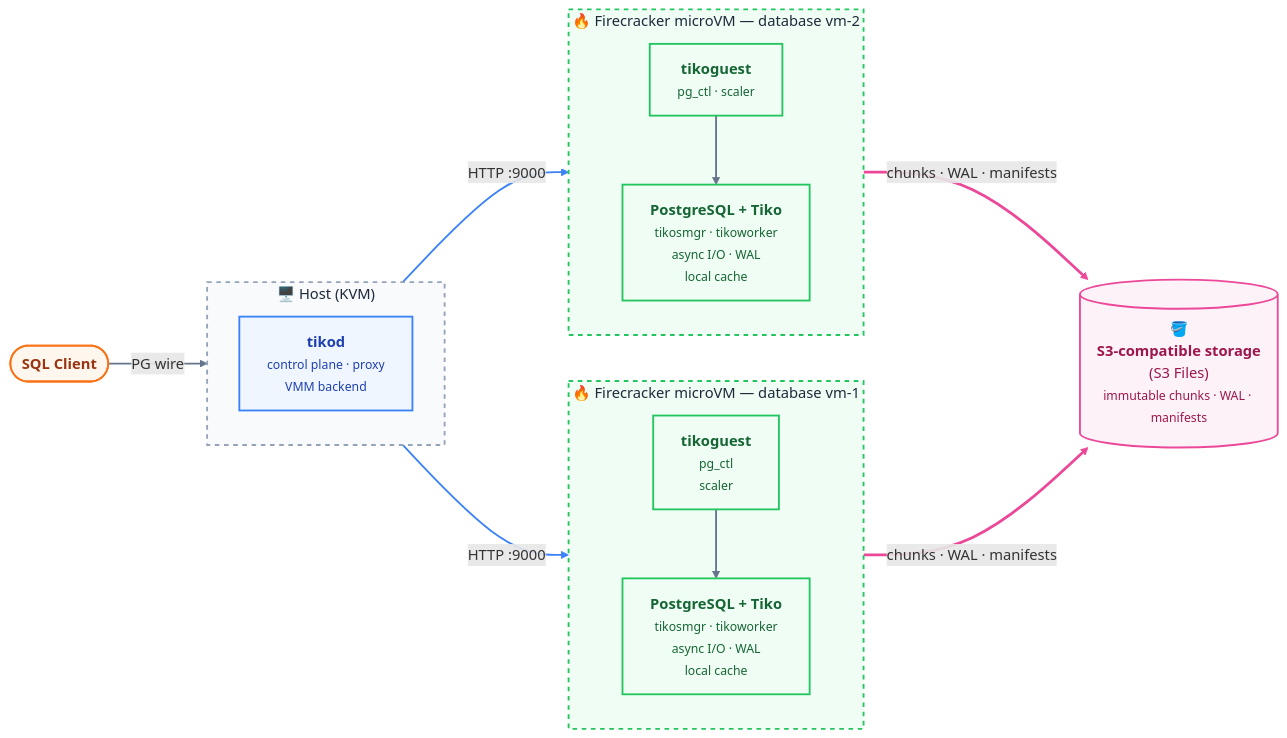
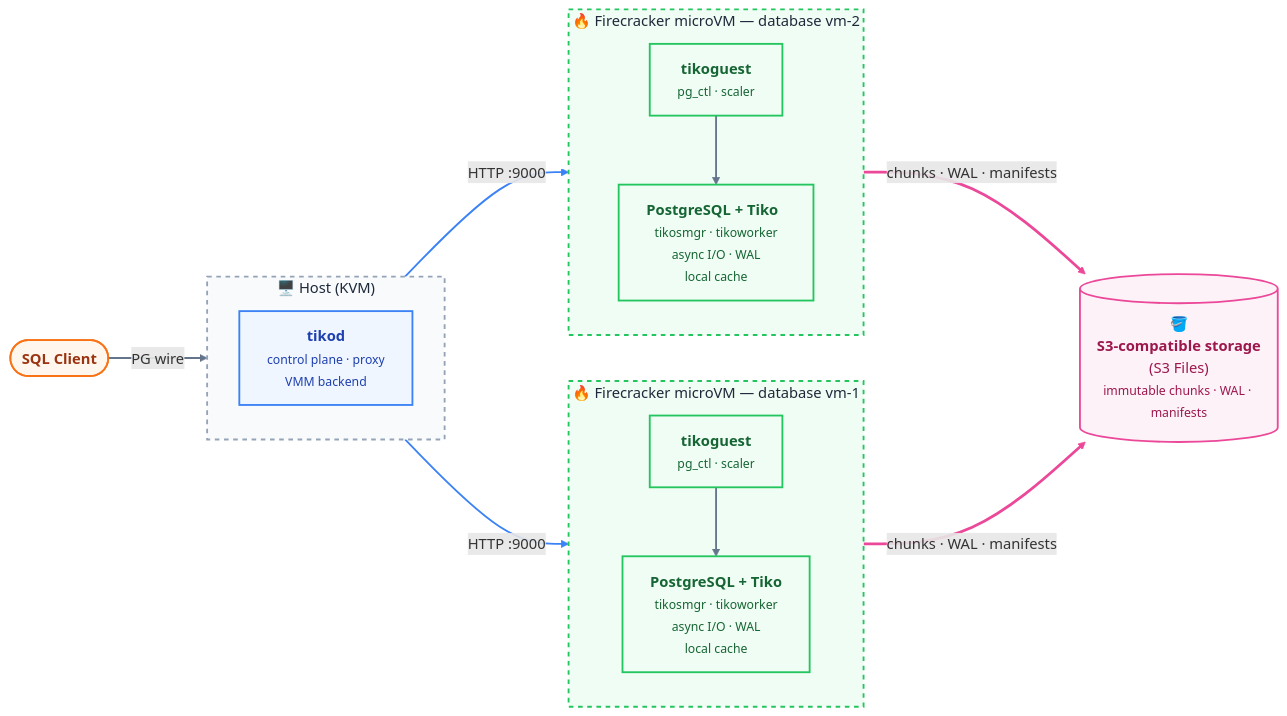
Before and after one commit to burmecia/tiko: the diagram in README.md, drawn with Mermaid.

Commit message:
update diagram

````diff
--- a/README.md
+++ b/README.md
@@ -34,54 +34,54 @@
 ```mermaid
 %%{init: {"themeVariables": {"titleColor": "#1e293b", "clusterBkg": "#f8fafc", "clusterBorder": "#94a3b8"}}}%%
 flowchart LR
   Client(["<b>SQL Client</b>"])
 
   subgraph Host ["🖥️ Host (KVM)"]
     direction TB
     Tikod["<b>tikod</b><br/><small>control plane · proxy<br/>VMM backend</small>"]
   end
 
   subgraph VM1 ["🔥 Firecracker microVM — database vm-1"]
     direction TB
-    Guest1["<b>tikoguest</b><br/><small>pg_ctl<br/>scaler</small>"]
+    Guest1["<b>tikoguest</b><br/><small>pg_ctl · scaler</small>"]
     PG1["<b>PostgreSQL + Tiko</b><br/><small>tikosmgr · tikoworker<br/>async I/O · WAL<br/>local cache</small>"]
     Guest1 --> PG1
   end
 
   subgraph VM2 ["🔥 Firecracker microVM — database vm-2"]
     direction TB
     Guest2["<b>tikoguest</b><br/><small>pg_ctl · scaler</small>"]
-    PG2["<b>PostgreSQL + Tiko</b><br/><small>tikosmgr · tikoworker<br/>async I/O · WAL<br/>local cache</small>"]
+    PG2["<b>PostgreSQL + Tiko&nbsp;&nbsp;</b><br/><small>tikosmgr · tikoworker<br/>async I/O · WAL<br/>local cache</small>"]
     Guest2 --> PG2
   end
 
   S3[("🪣<br/><b>S3-compatible storage</b><br/>(S3 Files)<br/><small>immutable chunks · WAL · manifests</small>")]
 
   Client -->|PG wire| Tikod
   Tikod -->|HTTP :9000| Guest1
   Tikod -->|HTTP :9000| Guest2
   PG1 ==>|chunks · WAL · manifests| S3
   PG2 ==>|chunks · WAL · manifests| S3
 
   classDef client fill:#fff7ed,stroke:#f97316,stroke-width:2px,color:#9a3412
   classDef control fill:#eff6ff,stroke:#3b82f6,stroke-width:2px,color:#1e40af
   classDef vm fill:#f0fdf4,stroke:#22c55e,stroke-width:2px,color:#166534
   classDef storage fill:#fdf2f8,stroke:#ec4899,stroke-width:2px,color:#9d174d
 
   class Client client
   class Tikod control
   class Guest1,PG1,Guest2,PG2 vm
   class S3 storage
 
   style Host fill:#f8fafc,stroke:#94a3b8,stroke-width:2px,stroke-dasharray:5 5
   style VM1 fill:#f0fdf4,stroke:#22c55e,stroke-width:2px,stroke-dasharray:5 5
   style VM2 fill:#f0fdf4,stroke:#22c55e,stroke-width:2px,stroke-dasharray:5 5
   style S3 fill:#fdf2f8,stroke:#ec4899,stroke-width:2px
   linkStyle 0 stroke:#64748b,stroke-width:2px
   linkStyle 1 stroke:#64748b,stroke-width:2px
   linkStyle 2 stroke:#64748b,stroke-width:2px
   linkStyle 3 stroke:#3b82f6,stroke-width:2px
   linkStyle 4 stroke:#3b82f6,stroke-width:2px
   linkStyle 5 stroke:#ec4899,stroke-width:3px
   linkStyle 6 stroke:#ec4899,stroke-width:3px
 ```
````
